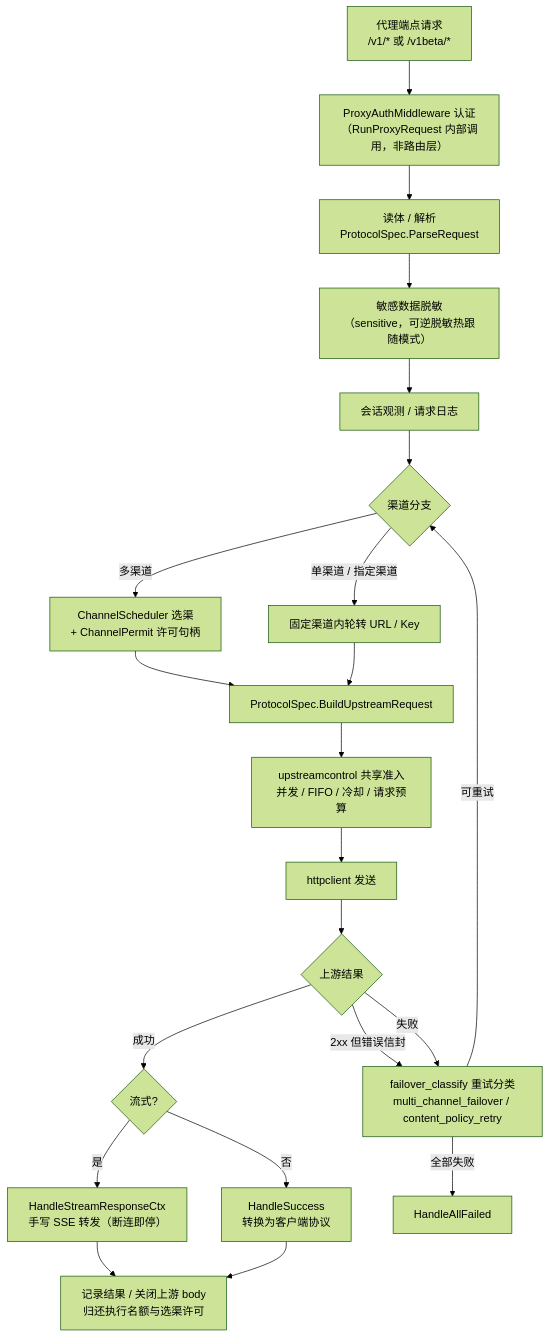
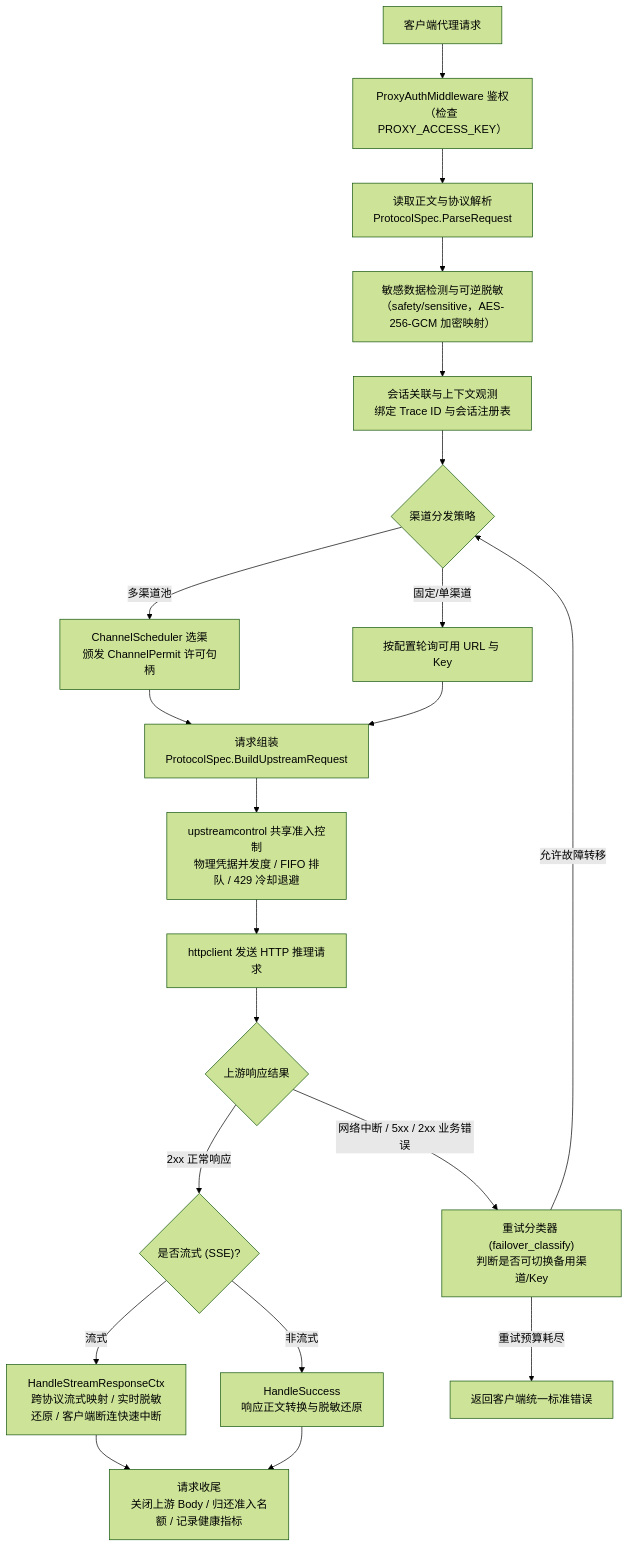
Before and after one commit to insistanan/api-proxy: the second of 3 diagrams in docs/架构说明.md, drawn with Mermaid (forest theme). The commit also changed other lines of this file and 8 other files, not shown here.

````diff
--- a/docs/架构说明.md
+++ b/docs/架构说明.md
@@ -82,24 +105,23 @@
 ```mermaid
 flowchart TD
-    REQ["代理端点请求<br/>/v1/* 或 /v1beta/*"] --> AUTH["ProxyAuthMiddleware 认证<br/>（RunProxyRequest 内部调用，非路由层）"]
-    AUTH --> BODY["读体 / 解析<br/>ProtocolSpec.ParseRequest"]
-    BODY --> MASK["敏感数据脱敏<br/>（sensitive，可逆脱敏热跟随模式）"]
-    MASK --> OBS["会话观测 / 请求日志"]
-    OBS --> BRANCH{"渠道分支"}
-    BRANCH -->|"多渠道"| PICK["ChannelScheduler 选渠<br/>+ ChannelPermit 许可句柄"]
-    BRANCH -->|"单渠道 / 指定渠道"| DIRECT["固定渠道内轮转 URL / Key"]
-    PICK --> BUILD["ProtocolSpec.BuildUpstreamRequest"]
+    REQ["客户端代理请求"] --> AUTH["ProxyAuthMiddleware 鉴权<br/>（检查 PROXY_ACCESS_KEY）"]
+    AUTH --> BODY["读取正文与协议解析<br/>ProtocolSpec.ParseRequest"]
+    BODY --> MASK["敏感数据检测与可逆脱敏<br/>（safety/sensitive，AES-256-GCM 加密映射）"]
+    MASK --> OBS["会话关联与上下文观测<br/>绑定 Trace ID 与会话注册表"]
+    OBS --> BRANCH{"渠道分发策略"}
+    BRANCH -->|"多渠道池"| PICK["ChannelScheduler 选渠<br/>颁发 ChannelPermit 许可句柄"]
+    BRANCH -->|"固定/单渠道"| DIRECT["按配置轮询可用 URL 与 Key"]
+    PICK --> BUILD["请求组装<br/>ProtocolSpec.BuildUpstreamRequest"]
     DIRECT --> BUILD
-    BUILD --> ADMIT["upstreamcontrol 共享准入<br/>并发 / FIFO / 冷却 / 请求预算"]
-    ADMIT --> SEND["httpclient 发送"]
-    SEND --> UPRESULT{"上游结果"}
-    UPRESULT -->|"2xx 但错误信封"| CLASS
-    UPRESULT -->|"失败"| CLASS["failover_classify 重试分类<br/>multi_channel_failover / content_policy_retry"]
-    UPRESULT -->|"成功"| STREAM{"流式?"}
-    STREAM -->|"是"| SSE["HandleStreamResponseCtx<br/>手写 SSE 转发（断连即停）"]
-    STREAM -->|"否"| CONV["HandleSuccess<br/>转换为客户端协议"]
+    BUILD --> ADMIT["upstreamcontrol 共享准入控制<br/>物理凭据并发度 / FIFO 排队 / 429 冷却退避"]
+    ADMIT --> SEND["httpclient 发送 HTTP 推理请求"]
+    SEND --> UPRESULT{"上游响应结果"}
+    UPRESULT -->|"网络中断 / 5xx / 2xx 业务错误"| CLASS["重试分类器 (failover_classify)<br/>判断是否可切换备用渠道/Key"]
+    UPRESULT -->|"2xx 正常响应"| STREAM{"是否流式 (SSE)?"}
+    STREAM -->|"流式"| SSE["HandleStreamResponseCtx<br/>跨协议流式映射 / 实时脱敏还原 / 客户端断连快速中断"]
+    STREAM -->|"非流式"| CONV["HandleSuccess<br/>响应正文转换与脱敏还原"]
     SSE --> DONE
-    CONV --> DONE["记录结果 / 关闭上游 body<br/>归还执行名额与选渠许可"]
-    CLASS -->|"可重试"| BRANCH
-    CLASS -->|"全部失败"| FAIL["HandleAllFailed"]
+    CONV --> DONE["请求收尾<br/>关闭上游 Body / 归还准入名额 / 记录健康指标"]
+    CLASS -->|"允许故障转移"| BRANCH
+    CLASS -->|"重试预算耗尽"| FAIL["返回客户端统一标准错误"]
 ```
````
